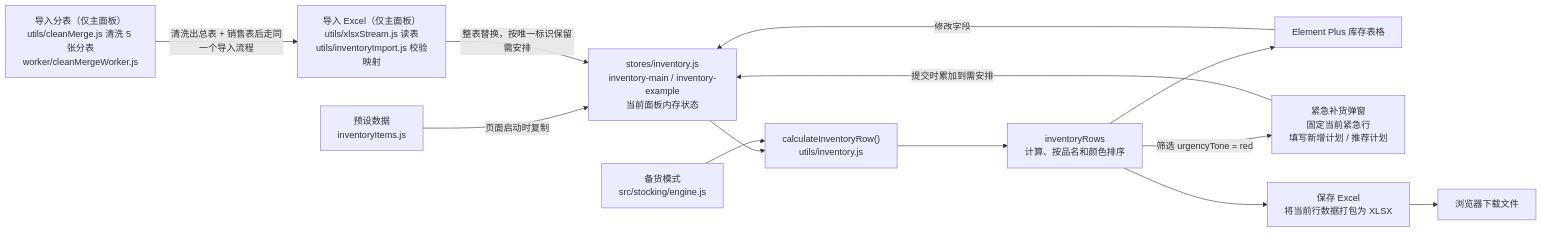
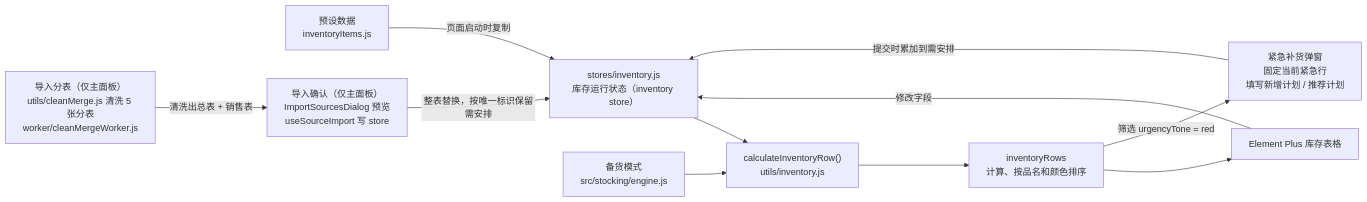
One commit to HugoCosette/kucunyujing changed the second of 2 diagrams in 项目架构图.md. Above: the diagram before and after it, drawn with Mermaid. The commit also changed other lines of this file and 58 other files, not shown here.

````diff
--- a/项目架构图.md
+++ b/项目架构图.md
@@ -54,26 +52,23 @@
 ```mermaid
 flowchart LR
     Seed["预设数据<br/>inventoryItems.js"]
-    State["stores/inventory.js<br/>inventory-main / inventory-example<br/>当前面板内存状态"]
+    State["stores/inventory.js<br/>库存运行状态（inventory store）"]
     Rules["备货模式<br/>src/stocking/engine.js"]
     Calc["calculateInventoryRow()<br/>utils/inventory.js"]
     Rows["inventoryRows<br/>计算、按品名和颜色排序"]
     Table["Element Plus 库存表格"]
     Urgent["紧急补货弹窗<br/>固定当前紧急行<br/>填写新增计划 / 推荐计划"]
-    Export["保存 Excel<br/>将当前行数据打包为 XLSX"]
-    Import["导入 Excel（仅主面板）<br/>utils/xlsxStream.js 读表<br/>utils/inventoryImport.js 校验映射"]
+    Confirm["导入确认（仅主面板）<br/>ImportSourcesDialog 预览<br/>useSourceImport 写 store"]
     Split["导入分表（仅主面板）<br/>utils/cleanMerge.js 清洗 5 张分表<br/>worker/cleanMergeWorker.js"]
-    Download["浏览器下载文件"]
 
     Seed -->|"页面启动时复制"| State
     State --> Calc
     Rules --> Calc
     Calc --> Rows
     Rows --> Table
     Rows -->|"筛选 urgencyTone = red"| Urgent
     Table -->|"修改字段"| State
     Urgent -->|"提交时累加到需安排"| State
-    Import -->|"整表替换，按唯一标识保留需安排"| State
-    Split -->|"清洗出总表 + 销售表后走同一个导入流程"| Import
-    Rows --> Export --> Download
+    Confirm -->|"整表替换，按唯一标识保留需安排"| State
+    Split -->|"清洗出总表 + 销售表"| Confirm
 ```
````
